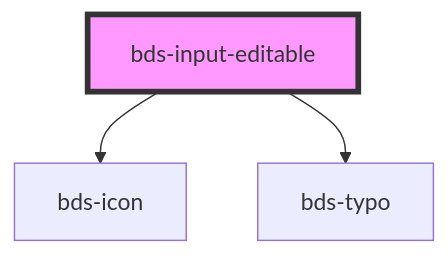
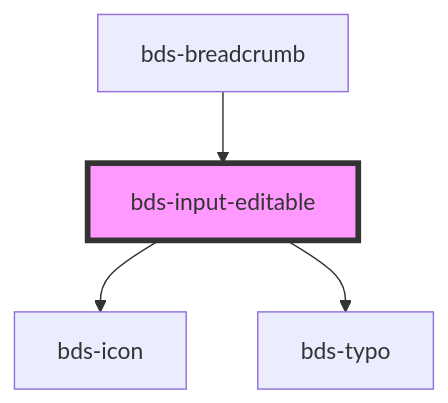
The diagram in src/components/input-editable/readme.md (takenet/blip-ds), drawn with Mermaid before and after one commit. The commit also changed other lines of this file and 6 other files, not shown here.

Commit message:
feat: Implementar edição do label da página atual no bds-breadcrumb usando bds-input-editable

````diff
--- a/src/components/input-editable/readme.md
+++ b/src/components/input-editable/readme.md
@@ -61,6 +65,7 @@
 ```mermaid
 graph TD;
   bds-input-editable --> bds-icon
   bds-input-editable --> bds-typo
+  bds-breadcrumb --> bds-input-editable
   style bds-input-editable fill:#f9f,stroke:#333,stroke-width:4px
 ```
````
